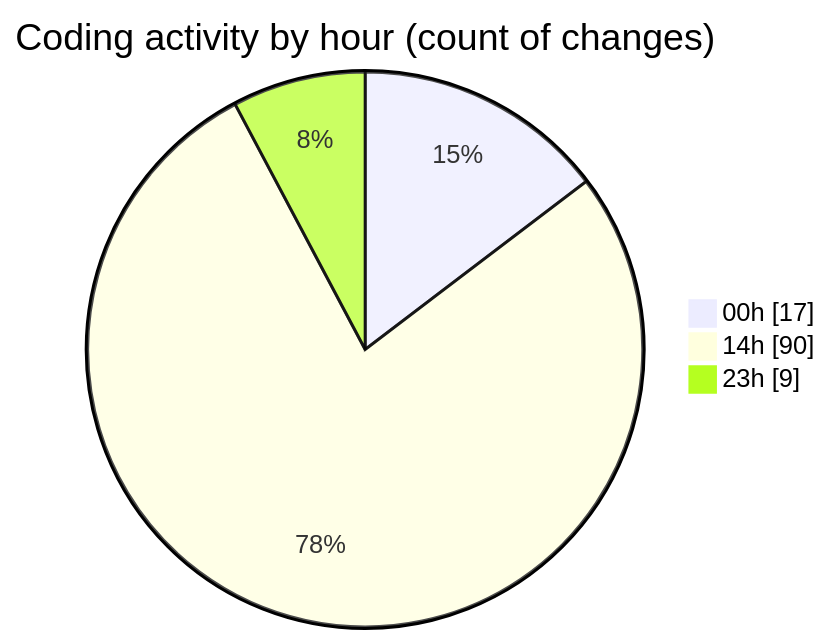
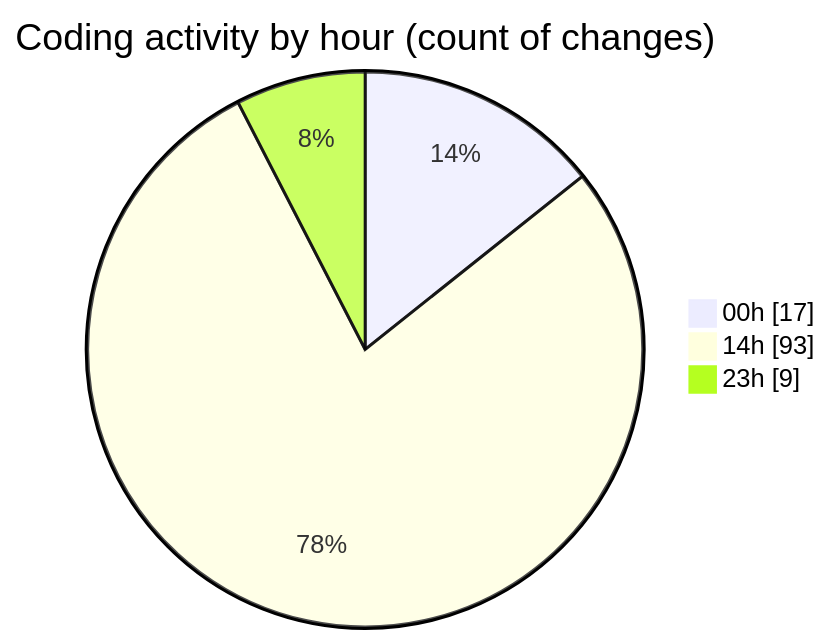
The second of 2 diagrams in 2025-07-20/mern-workoutboard/README.md (Ritupan-Deka/code-tracking), drawn with Mermaid before and after one commit. The commit also changed other lines of this file and 1 other file, not shown here.

````diff
--- a/2025-07-20/mern-workoutboard/README.md
+++ b/2025-07-20/mern-workoutboard/README.md
@@ -31,7 +32,7 @@
 ```mermaid
 pie showData
 title Coding activity by hour (count of changes)
 "00h" : 17
-"14h" : 90
+"14h" : 93
 "23h" : 9
 ```
````
